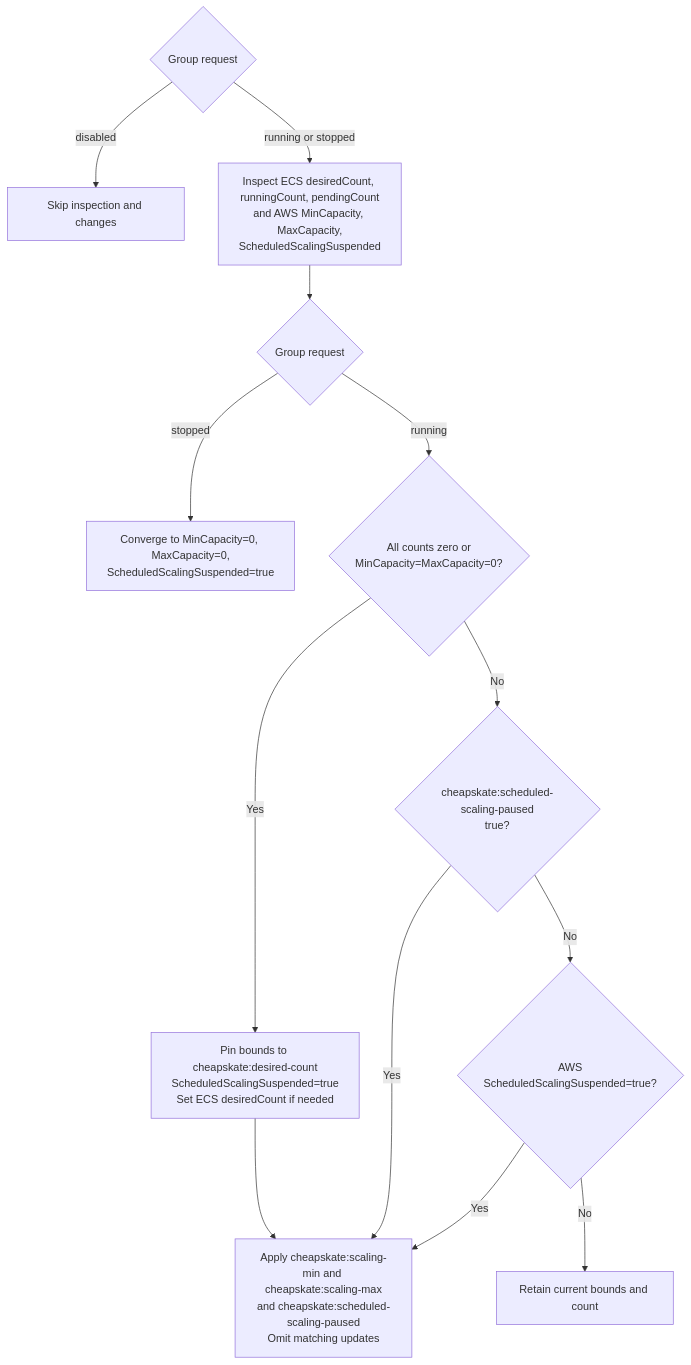
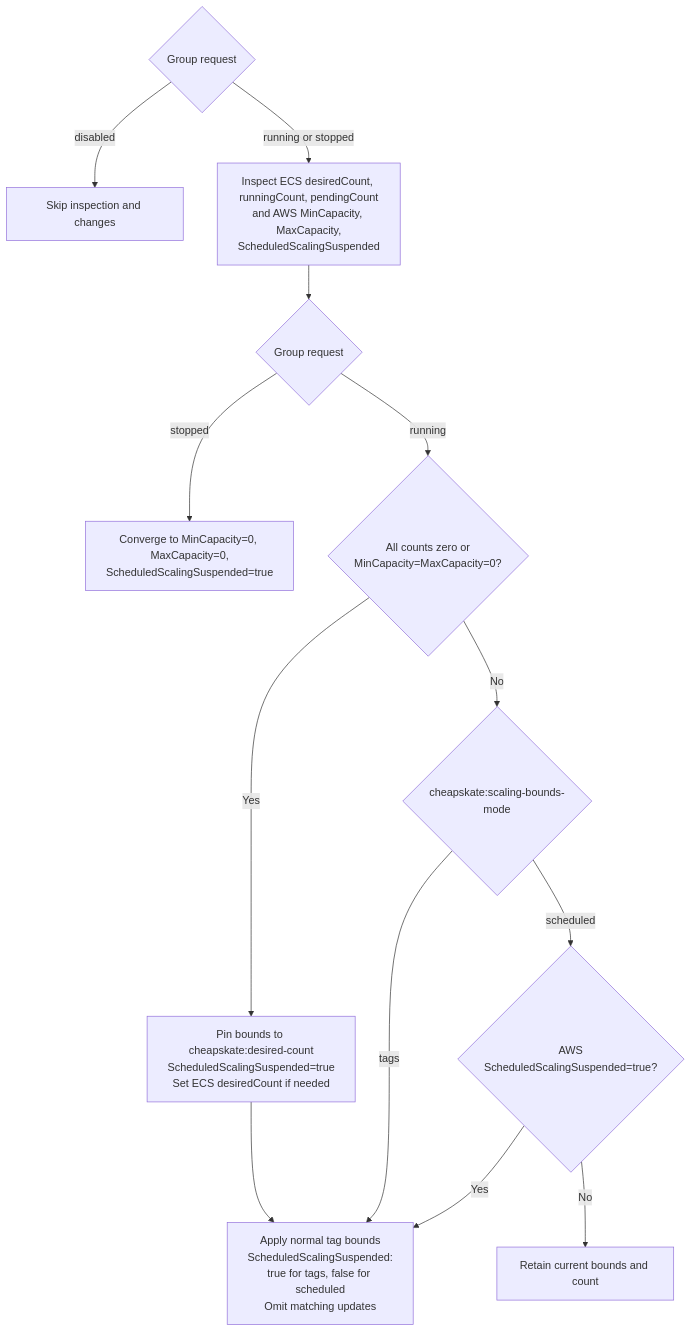
The diagram in docs/en/usage/ecs.md (moepig/cheapskate), drawn with Mermaid before and after one commit. The commit also changed other lines of this file and 22 other files, not shown here.

Commit message:
Clarify ECS scaling bounds management modes

````diff
--- a/docs/en/usage/ecs.md
+++ b/docs/en/usage/ecs.md
@@ -73,15 +97,15 @@
 ```mermaid
 flowchart TD
     request{"Group request"} -->|disabled| skip["Skip inspection and changes"]
     request -->|running or stopped| observe["Inspect ECS desiredCount, runningCount, pendingCount<br/>and AWS MinCapacity, MaxCapacity,<br/>ScheduledScalingSuspended"]
     observe --> desired{"Group request"}
     desired -->|stopped| stop["Converge to MinCapacity=0, MaxCapacity=0,<br/>ScheduledScalingSuspended=true"]
     desired -->|running| initialize{"All counts zero or<br/>MinCapacity=MaxCapacity=0?"}
     initialize -->|Yes| start["Pin bounds to cheapskate:desired-count<br/>ScheduledScalingSuspended=true<br/>Set ECS desiredCount if needed"]
-    start --> apply["Apply cheapskate:scaling-min and cheapskate:scaling-max<br/>and cheapskate:scheduled-scaling-paused<br/>Omit matching updates"]
-    initialize -->|No| paused{"cheapskate:scheduled-scaling-paused<br/>true?"}
-    paused -->|Yes| apply
-    paused -->|No| resume{"AWS<br/>ScheduledScalingSuspended=true?"}
+    start --> apply["Apply normal tag bounds<br/>ScheduledScalingSuspended:<br/>true for tags, false for scheduled<br/>Omit matching updates"]
+    initialize -->|No| mode{"cheapskate:scaling-bounds-mode"}
+    mode -->|tags| apply
+    mode -->|scheduled| resume{"AWS<br/>ScheduledScalingSuspended=true?"}
     resume -->|Yes| apply
     resume -->|No| keep["Retain current bounds and count"]
 ```
````
